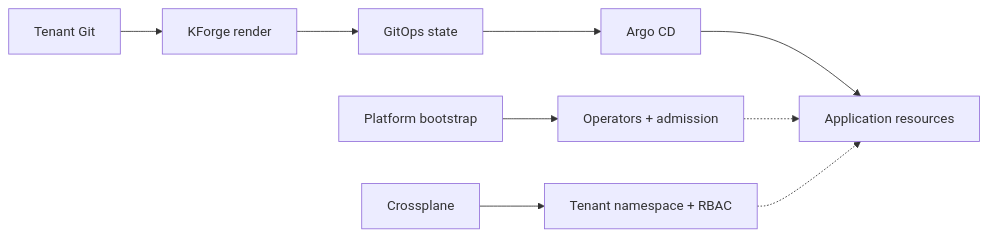
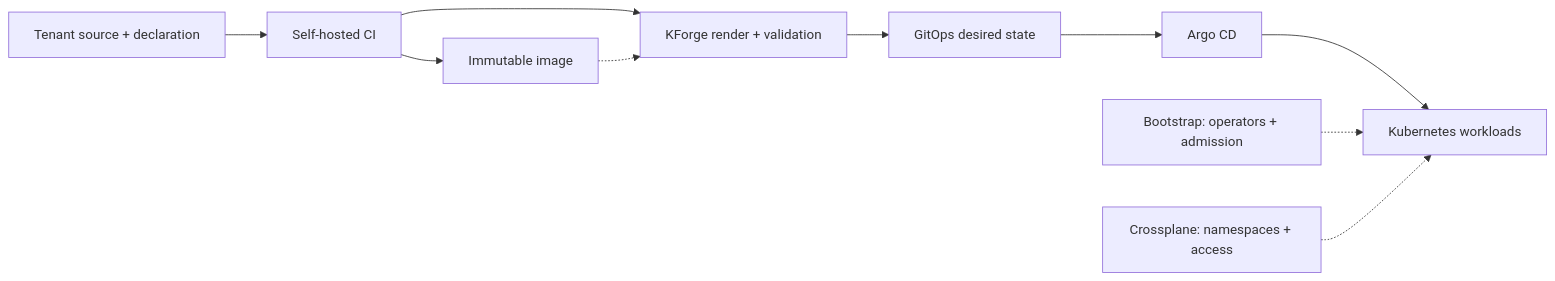
Before and after one commit to MrDaggubati/infer-blog: the third of 8 diagrams in content/blog/opendp-kubernetes-paved-paths/article.md, drawn with Mermaid. The commit also changed other lines of this file and 11 other files, not shown here.

````diff
--- a/content/blog/opendp-kubernetes-paved-paths/article.md
+++ b/content/blog/opendp-kubernetes-paved-paths/article.md
@@ -87,11 +104,12 @@
 ```mermaid
 flowchart LR
-    APP["Tenant Git"] --> KF["KForge render"]
-    KF --> CONFIG["GitOps state"]
-    CONFIG --> ARGO["Argo CD"]
-    ARGO --> WORK["Application resources"]
-    BOOT["Platform bootstrap"] --> OP["Operators + admission"]
-    XP["Crossplane"] --> TEN["Tenant namespace + RBAC"]
-    OP -.-> WORK
-    TEN -.-> WORK
+    SOURCE["Tenant source + declaration"] --> CI["Self-hosted CI"]
+    CI --> IMAGE["Immutable image"]
+    CI --> K["KForge render + validation"]
+    IMAGE -.-> K
+    K --> GIT["GitOps desired state"]
+    GIT --> ARGO["Argo CD"]
+    ARGO --> RES["Kubernetes workloads"]
+    BOOT["Bootstrap: operators + admission"] -.-> RES
+    TEN["Crossplane: namespaces + access"] -.-> RES
 ```
````
